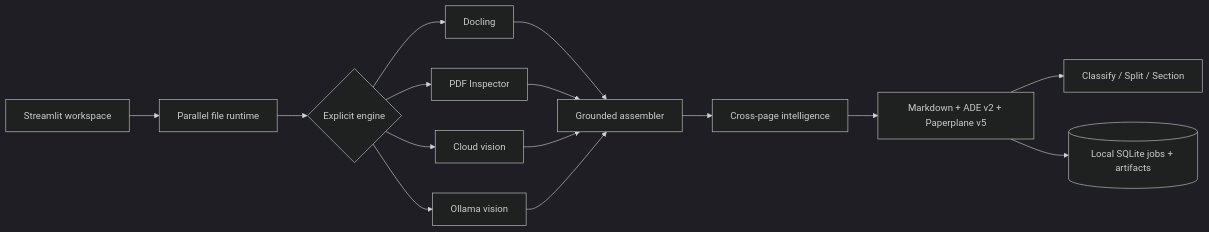
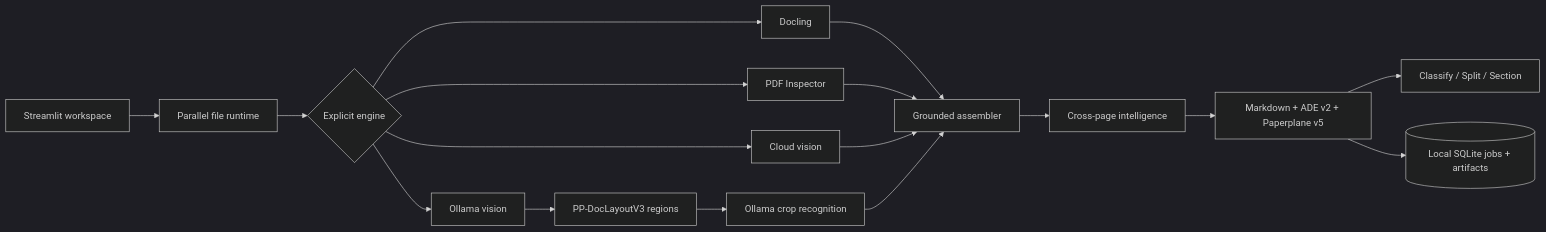
The diagram in README.md (pypi-ahmad/Agentic-Document-Extraction), drawn with Mermaid (dark theme) before and after one commit. The commit also changed other lines of this file and 12 other files, not shown here.

````diff
--- a/README.md
+++ b/README.md
@@ -338,17 +348,19 @@
 ```mermaid
 flowchart LR
     UI[Streamlit workspace] --> Batch[Parallel file runtime]
     Batch --> E{Explicit engine}
     E --> D[Docling]
     E --> P[PDF Inspector]
     E --> C[Cloud vision]
     E --> O[Ollama vision]
     D --> A[Grounded assembler]
     P --> A
     C --> A
-    O --> A
+    O --> L[PP-DocLayoutV3 regions]
+    L --> R[Ollama crop recognition]
+    R --> A
     A --> I[Cross-page intelligence]
     I --> X[Markdown + ADE v2 + Paperplane v5]
     X --> W[Classify / Split / Section]
     X --> J[(Local SQLite jobs + artifacts)]
 ```
````
